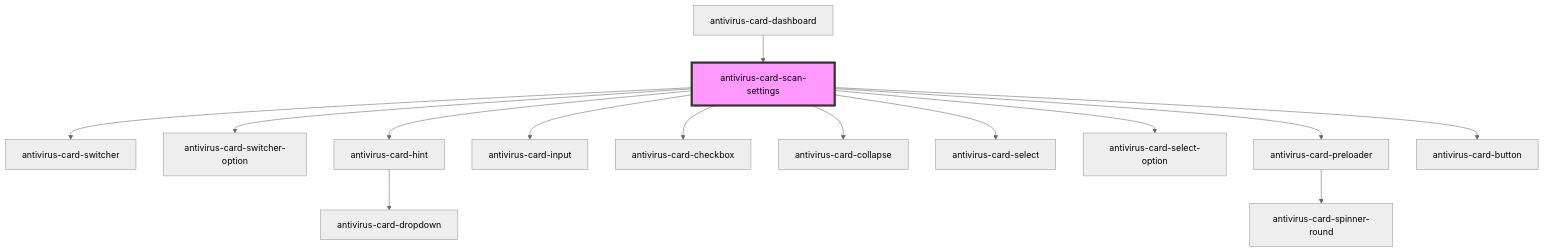
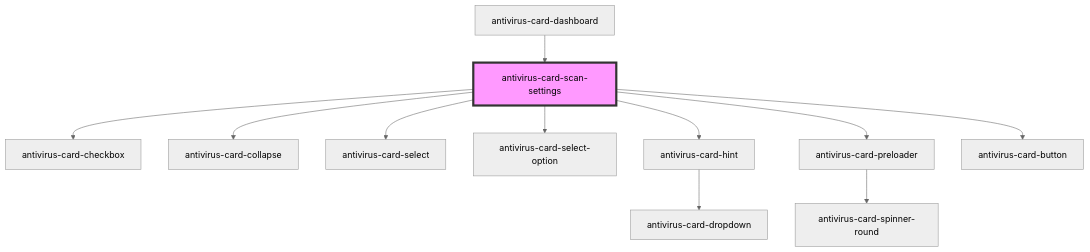
Before and after one commit to ispsystem/plugin-imunify: the diagram in client/packages/antivirus-card/src/components/scan-settings/readme.md, drawn with Mermaid (neutral theme). The commit also changed other lines of this file and 10 other files, not shown here.

Commit message:
fix(antivirus-card): 🐛 fix bugs

````diff
--- a/client/packages/antivirus-card/src/components/scan-settings/readme.md
+++ b/client/packages/antivirus-card/src/components/scan-settings/readme.md
@@ -48,17 +45,14 @@
 ```mermaid
 graph TD;
-  antivirus-card-scan-settings --> antivirus-card-switcher
-  antivirus-card-scan-settings --> antivirus-card-switcher-option
-  antivirus-card-scan-settings --> antivirus-card-hint
-  antivirus-card-scan-settings --> antivirus-card-input
   antivirus-card-scan-settings --> antivirus-card-checkbox
   antivirus-card-scan-settings --> antivirus-card-collapse
   antivirus-card-scan-settings --> antivirus-card-select
   antivirus-card-scan-settings --> antivirus-card-select-option
+  antivirus-card-scan-settings --> antivirus-card-hint
   antivirus-card-scan-settings --> antivirus-card-preloader
   antivirus-card-scan-settings --> antivirus-card-button
   antivirus-card-hint --> antivirus-card-dropdown
   antivirus-card-preloader --> antivirus-card-spinner-round
   antivirus-card-dashboard --> antivirus-card-scan-settings
   style antivirus-card-scan-settings fill:#f9f,stroke:#333,stroke-width:4px
 ```
````
